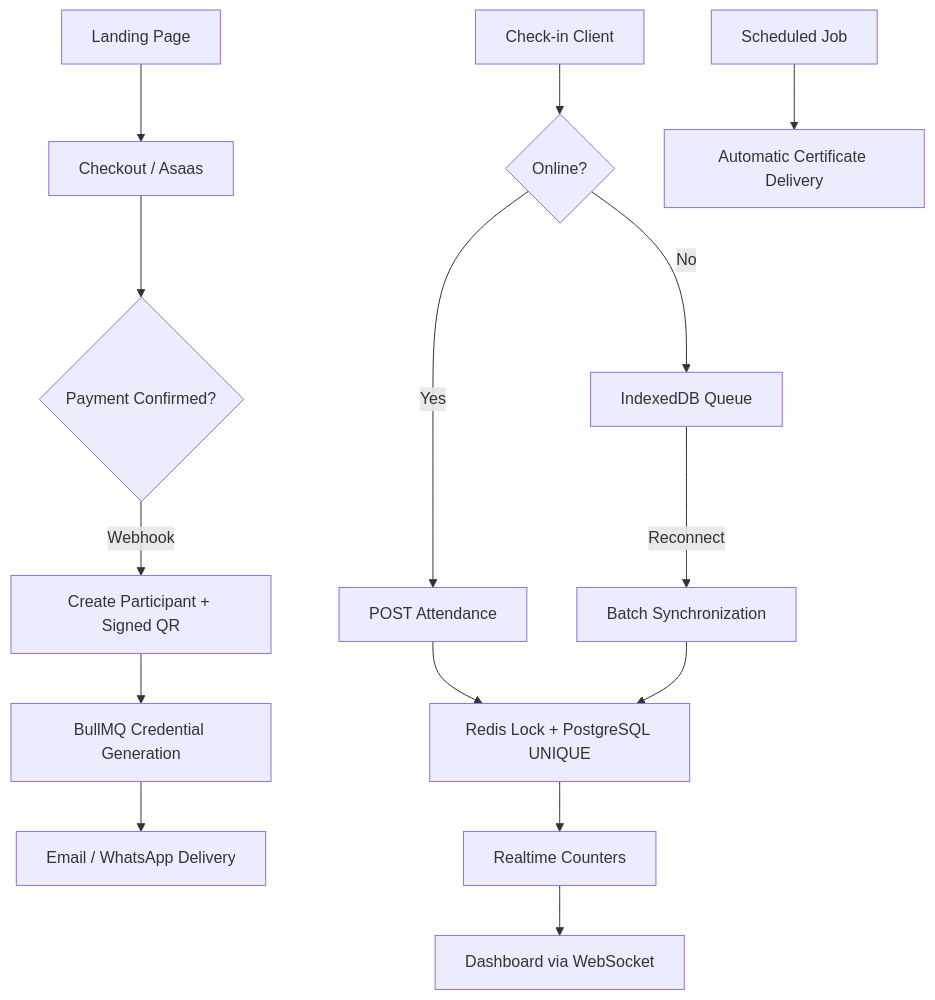
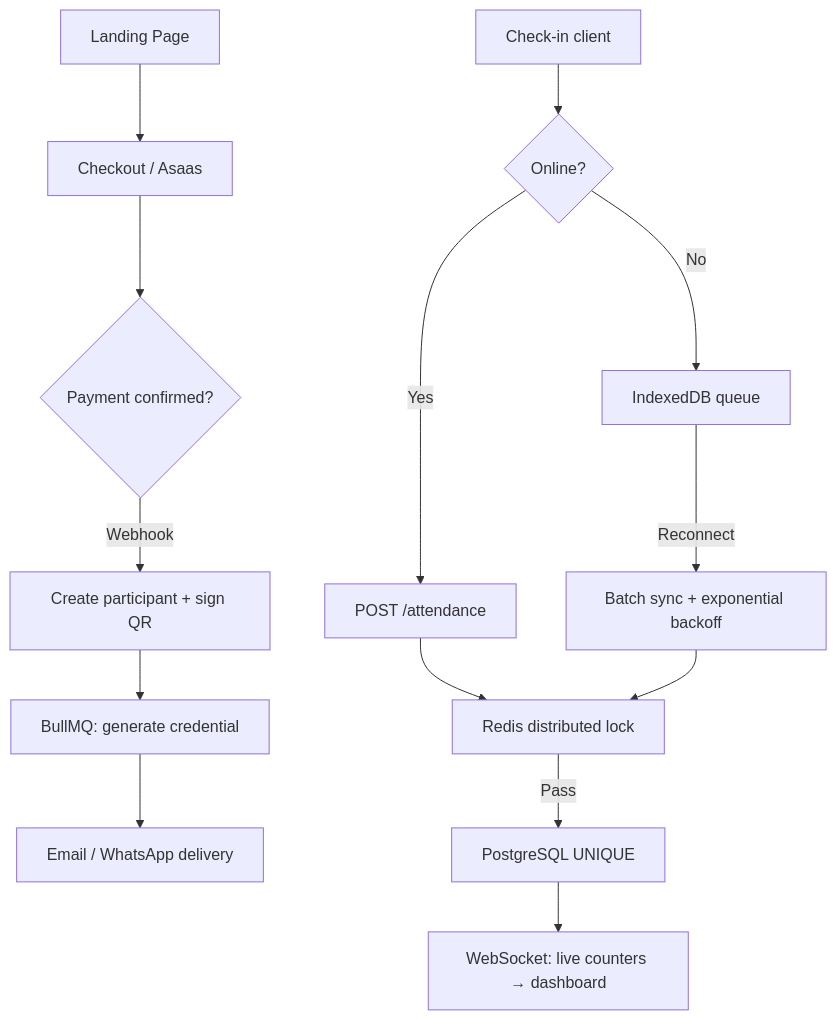
The diagram in README.md (Castro-arch/Entter), drawn with Mermaid before and after one commit. The commit also changed other lines of this file, not shown here.

````diff
--- a/README.md
+++ b/README.md
@@ -75,25 +58,18 @@
 ```mermaid
 flowchart TD
     A[Landing Page] --> B[Checkout / Asaas]
-    B --> C{Payment Confirmed?}
+    B --> C{Payment confirmed?}
+    C -->|Webhook| D[Create participant + sign QR]
+    D --> E[BullMQ: generate credential]
+    E --> F[Email / WhatsApp delivery]
 
-    C -->|Webhook| D[Create Participant + Signed QR]
-    D --> E[BullMQ Credential Generation]
-    E --> F[Email / WhatsApp Delivery]
+    G[Check-in client] --> H{Online?}
+    H -->|Yes| I[POST /attendance]
+    H -->|No| J[IndexedDB queue]
+    J -->|Reconnect| K[Batch sync + exponential backoff]
 
-    G[Check-in Client] --> H{Online?}
-
-    H -->|Yes| I[POST Attendance]
-    H -->|No| J[IndexedDB Queue]
-
-    J -->|Reconnect| K[Batch Synchronization]
-
-    I --> L[Redis Lock + PostgreSQL UNIQUE]
+    I --> L[Redis distributed lock]
     K --> L
-
-    L --> M[Realtime Counters]
-    M --> N[Dashboard via WebSocket]
-
-    O[Scheduled Job]
-    O --> P[Automatic Certificate Delivery]
+    L -->|Pass| M[PostgreSQL UNIQUE]
+    M --> N[WebSocket: live counters → dashboard]
 ```
````
